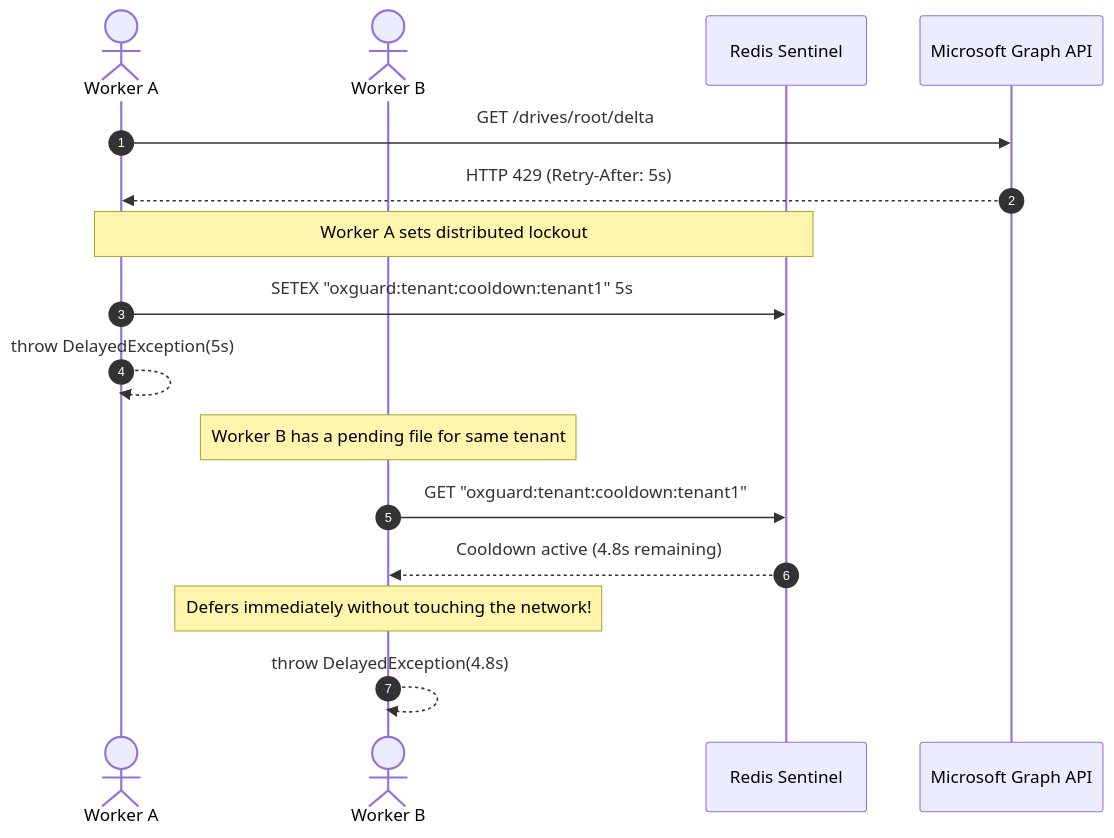
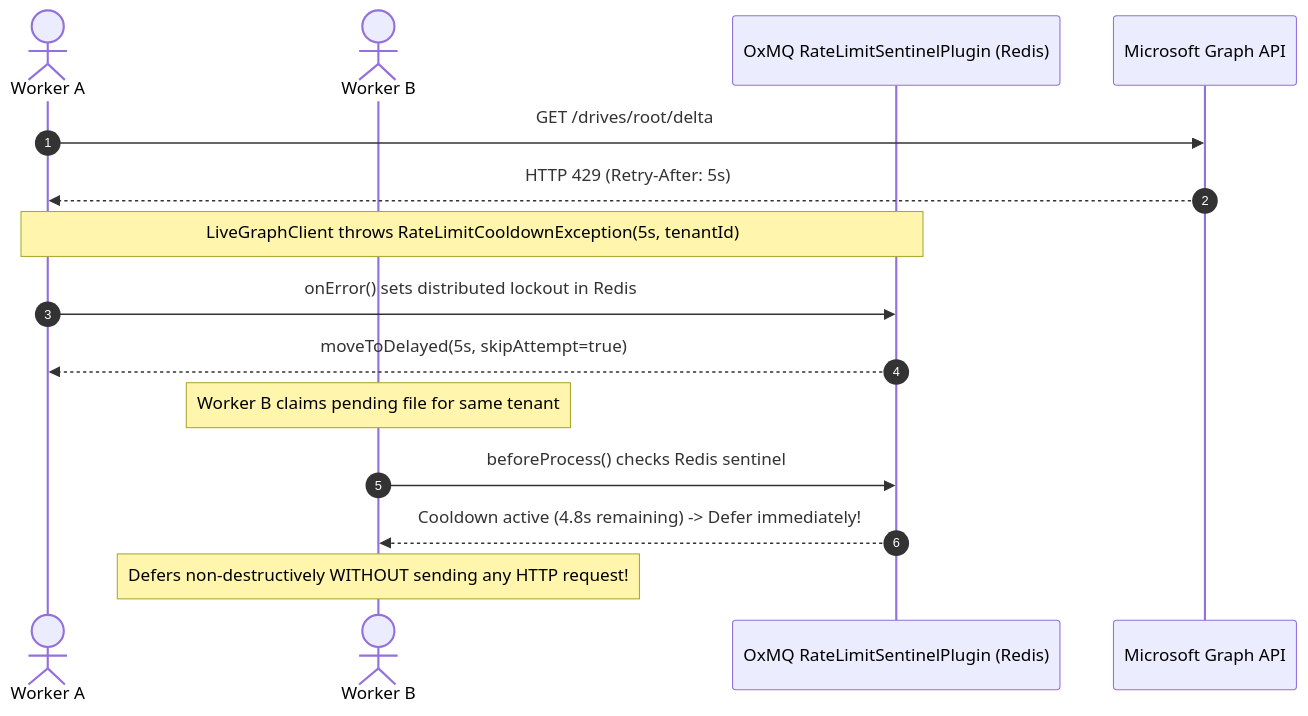
One commit to gaurav10610/oxmq changed the second of 2 diagrams in oxmq-examples/oxguard-365/docs/RATE_LIMITING_AND_RELIABILITY.md. Above: the diagram before and after it, drawn with Mermaid. The commit also changed other lines of this file and 40 other files, not shown here.

````diff
--- a/oxmq-examples/oxguard-365/docs/RATE_LIMITING_AND_RELIABILITY.md
+++ b/oxmq-examples/oxguard-365/docs/RATE_LIMITING_AND_RELIABILITY.md
@@ -85,22 +101,21 @@
 ```mermaid
 sequenceDiagram
     autonumber
     actor Worker1 as Worker A
     actor Worker2 as Worker B
-    participant Redis as Redis Sentinel
+    participant Sentinel as OxMQ RateLimitSentinelPlugin (Redis)
     participant Graph as Microsoft Graph API
 
     Worker1->>Graph: GET /drives/root/delta
     Graph-->>Worker1: HTTP 429 (Retry-After: 5s)
     
-    Note over Worker1,Redis: Worker A sets distributed lockout
-    Worker1->>Redis: SETEX "oxguard:tenant:cooldown:tenant1" 5s
-    Worker1-->>Worker1: throw DelayedException(5s)
+    Note over Worker1,Sentinel: LiveGraphClient throws RateLimitCooldownException(5s, tenantId)
+    Worker1->>Sentinel: onError() sets distributed lockout in Redis
+    Sentinel-->>Worker1: moveToDelayed(5s, skipAttempt=true)
     
-    Note over Worker2: Worker B has a pending file for same tenant
-    Worker2->>Redis: GET "oxguard:tenant:cooldown:tenant1"
-    Redis-->>Worker2: Cooldown active (4.8s remaining)
+    Note over Worker2: Worker B claims pending file for same tenant
+    Worker2->>Sentinel: beforeProcess() checks Redis sentinel
+    Sentinel-->>Worker2: Cooldown active (4.8s remaining) -> Defer immediately!
     
-    Note over Worker2: Defers immediately without touching the network!
-    Worker2-->>Worker2: throw DelayedException(4.8s)
+    Note over Worker2: Defers non-destructively WITHOUT sending any HTTP request!
 ```
````
